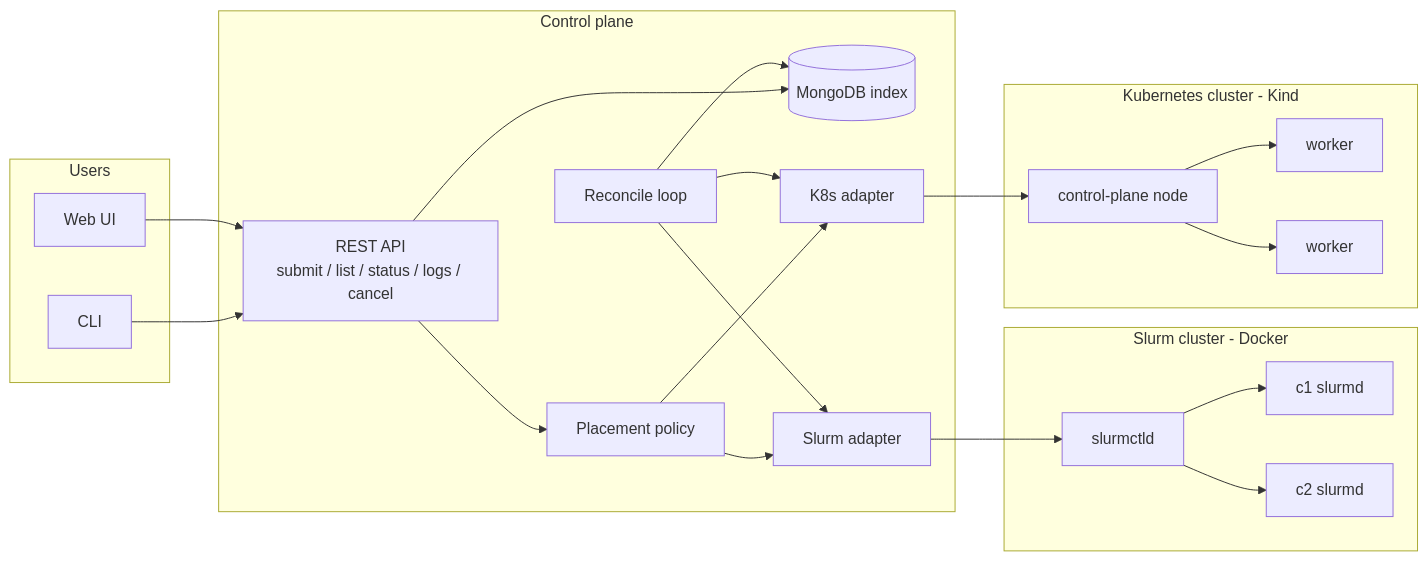
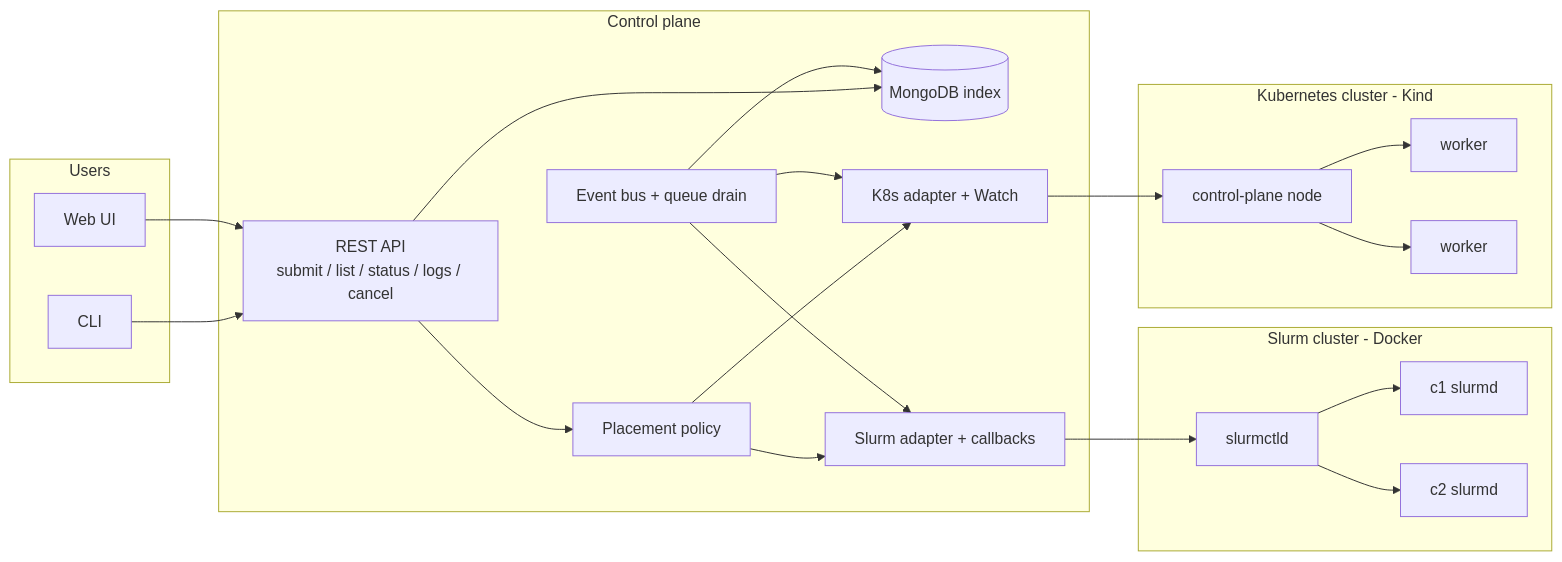
The first of 6 diagrams in ARCHITECTURE.md (amanak4/HCP), drawn with Mermaid before and after one commit. The commit also changed other lines of this file and 22 other files, not shown here.

````diff
--- a/ARCHITECTURE.md
+++ b/ARCHITECTURE.md
@@ -9,44 +9,44 @@
 ```mermaid
 flowchart LR
   subgraph Users
     CLI[CLI]
     UI[Web UI]
   end
 
   subgraph ControlPlane[Control plane]
     API[REST API<br/>submit / list / status / logs / cancel]
     Place[Placement policy]
-    Rec[Reconcile loop]
-    DB[(MongoDB index)]
-    KAd[K8s adapter]
-    SAd[Slurm adapter]
+  Rec[Event bus + queue drain]
+  DB[(MongoDB index)]
+  KAd[K8s adapter + Watch]
+  SAd[Slurm adapter + callbacks]
   end
 
   subgraph K8S[Kubernetes cluster - Kind]
     KCP[control-plane node]
     W1[worker]
     W2[worker]
   end
 
   subgraph SLURM[Slurm cluster - Docker]
     CT[slurmctld]
     C1[c1 slurmd]
     C2[c2 slurmd]
   end
 
   CLI --> API
   UI --> API
   API --> Place
   API --> DB
   Rec --> DB
   Place --> KAd
   Place --> SAd
   Rec --> KAd
   Rec --> SAd
   KAd --> KCP
   KCP --> W1
   KCP --> W2
   SAd --> CT
   CT --> C1
   CT --> C2
 ```
````
